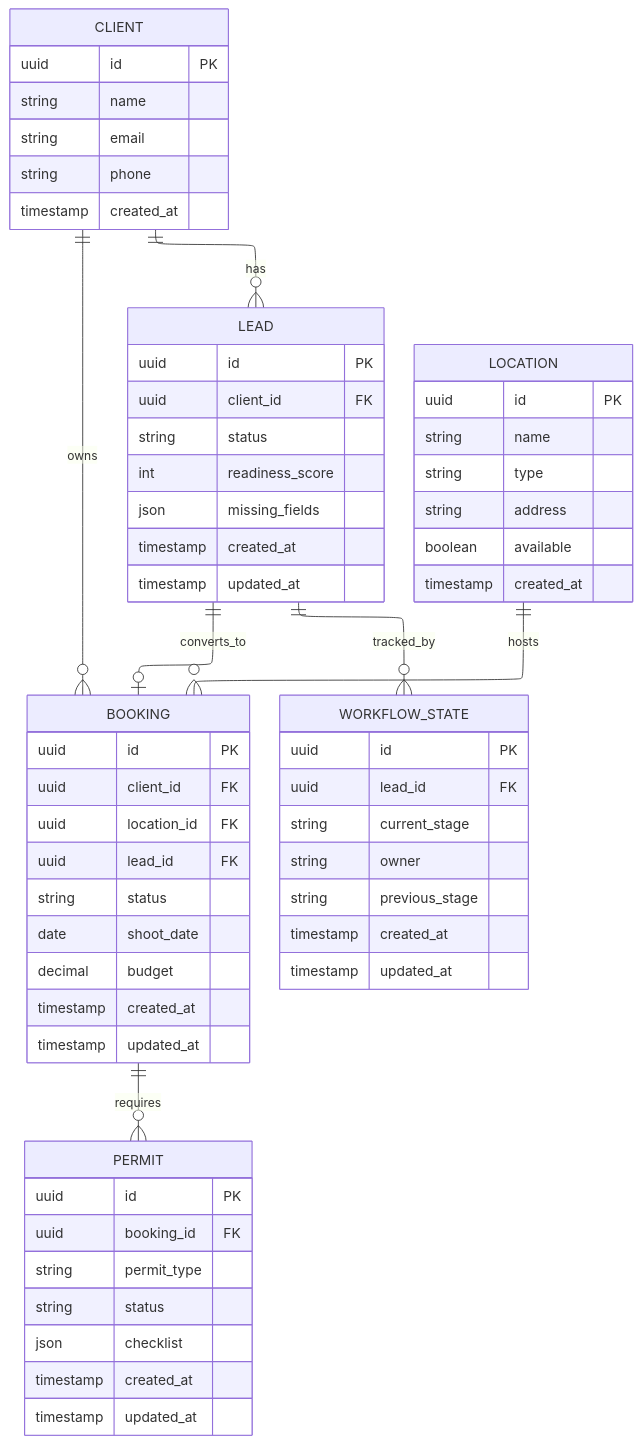
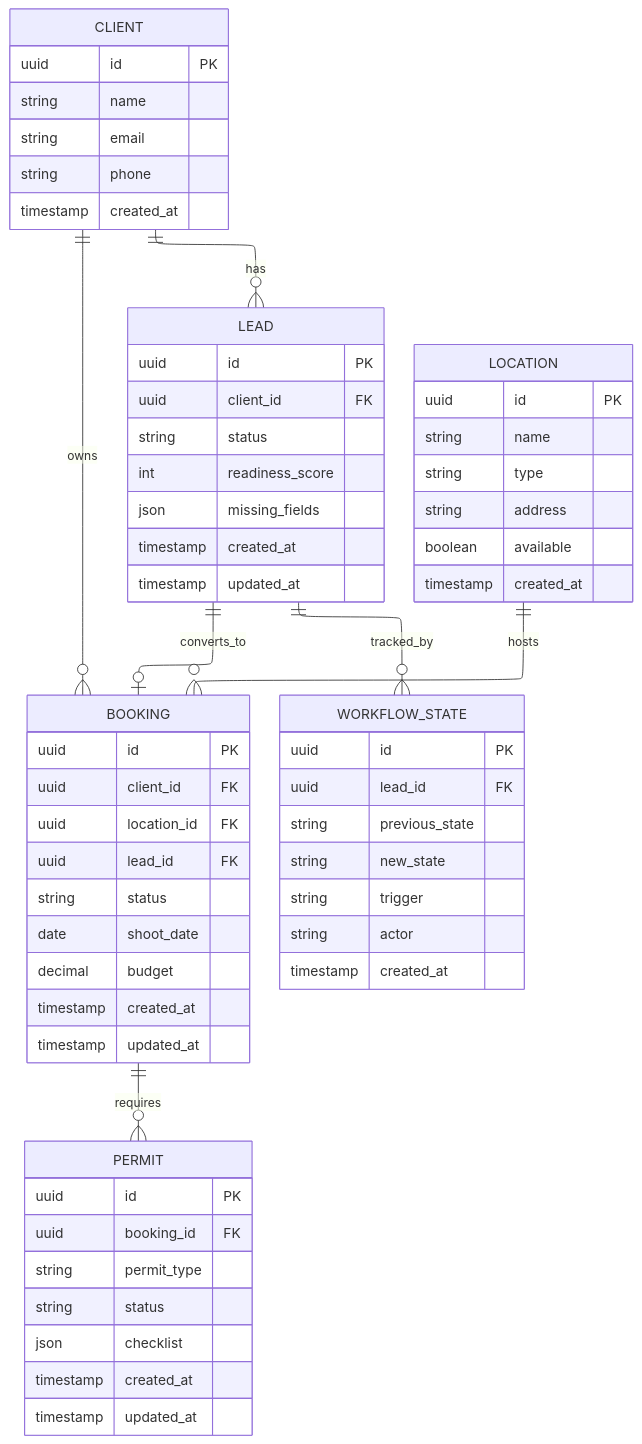
One commit to VarunDronamraju/VDLHQ changed the fifth of 6 diagrams in FIles/mermaids.md. Above: the diagram before and after it, drawn with Mermaid. The commit also changed other lines of this file and 4 other files, not shown here.

````diff
--- a/FIles/mermaids.md
+++ b/FIles/mermaids.md
@@ -334,72 +353,72 @@
 ```mermaid
 ---
 config:
   layout: elk
 ---
 erDiagram
     CLIENT ||--o{ LEAD : has
     CLIENT ||--o{ BOOKING : owns
     LEAD ||--o{ WORKFLOW_STATE : tracked_by
     LEAD ||--o| BOOKING : converts_to
     LOCATION ||--o{ BOOKING : hosts
     BOOKING ||--o{ PERMIT : requires
 
     CLIENT {
         uuid id PK
         string name
         string email
         string phone
         timestamp created_at
     }
 
     LEAD {
         uuid id PK
         uuid client_id FK
         string status
         int readiness_score
         json missing_fields
         timestamp created_at
         timestamp updated_at
     }
 
     WORKFLOW_STATE {
         uuid id PK
         uuid lead_id FK
-        string current_stage
-        string owner
-        string previous_stage
+        string previous_state
+        string new_state
+        string trigger
+        string actor
         timestamp created_at
-        timestamp updated_at
     }
 
     BOOKING {
         uuid id PK
         uuid client_id FK
         uuid location_id FK
         uuid lead_id FK
         string status
         date shoot_date
         decimal budget
         timestamp created_at
         timestamp updated_at
     }
 
     LOCATION {
         uuid id PK
         string name
         string type
         string address
         boolean available
         timestamp created_at
     }
 
     PERMIT {
         uuid id PK
         uuid booking_id FK
         string permit_type
         string status
         json checklist
         timestamp created_at
         timestamp updated_at
     }
 ```
````
